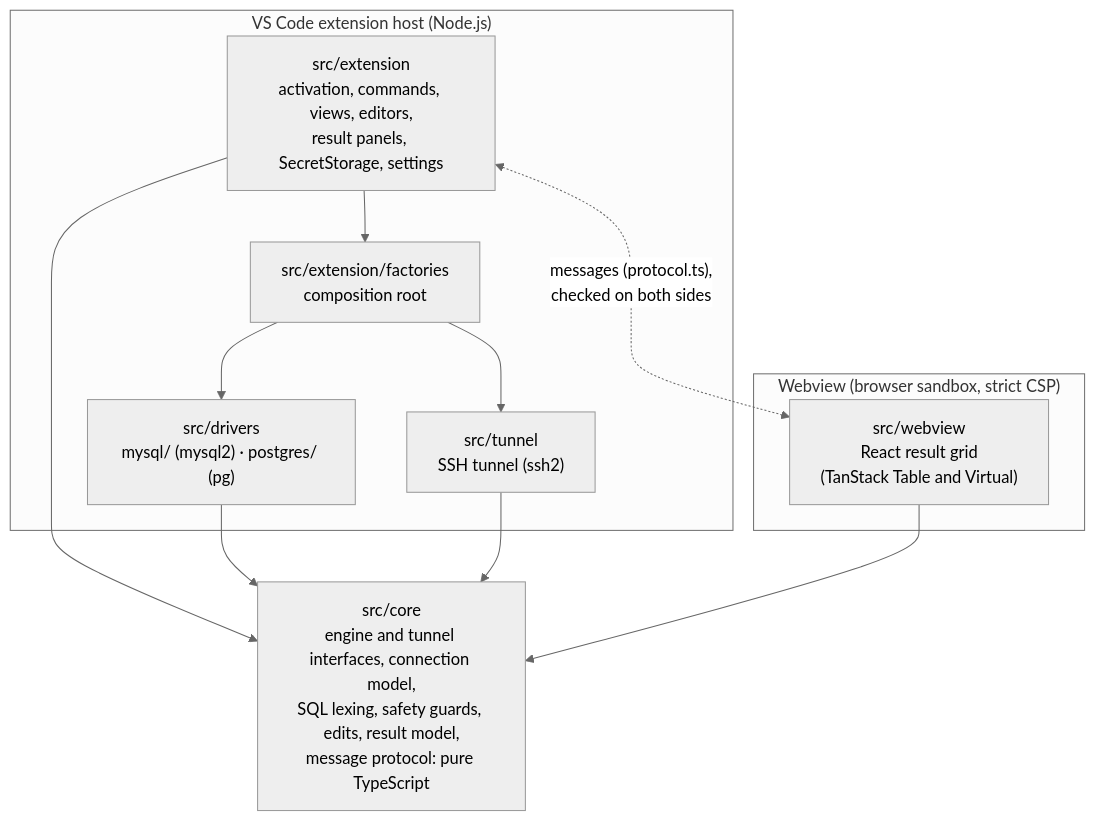
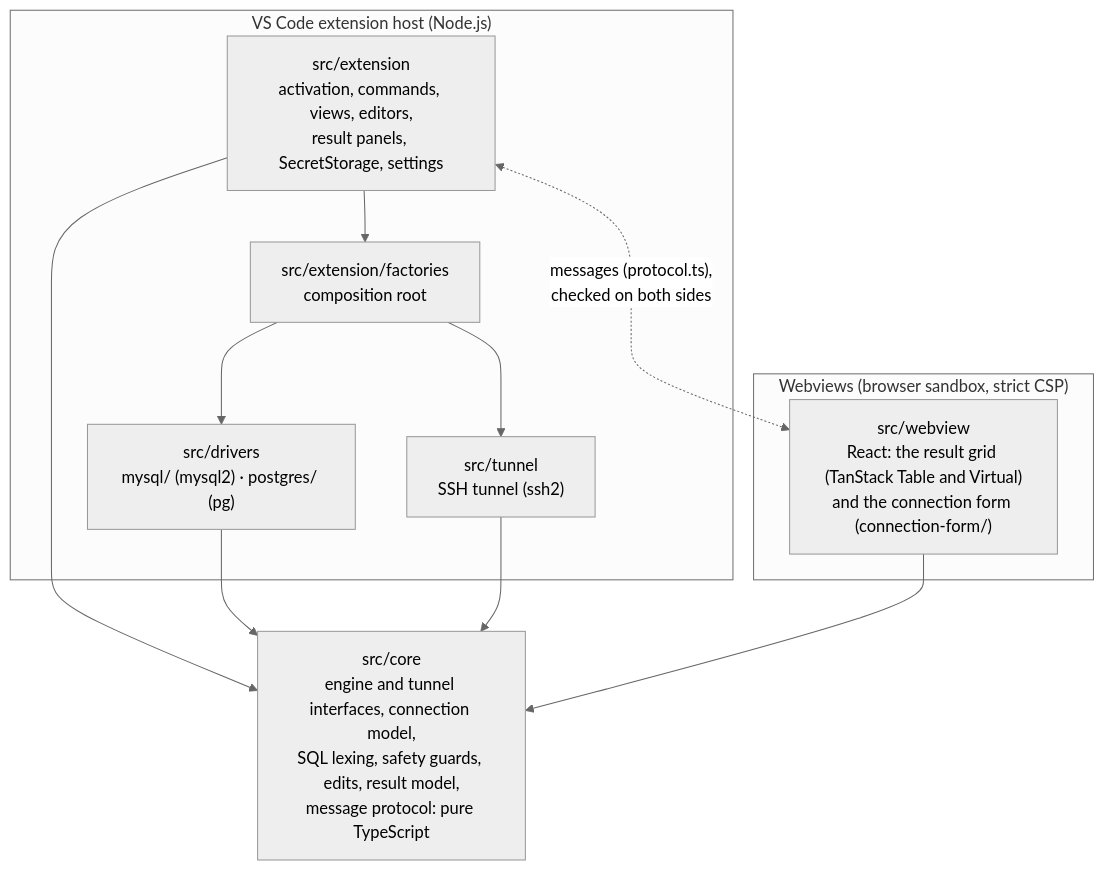
The first of 5 diagrams in docs/ARCHITECTURE.md (mathmed/sqldoro), drawn with Mermaid (neutral theme) before and after one commit. The commit also changed other lines of this file and 3 other files, not shown here.

First line of the commit message:
docs: describe the connection form of #6 in the guides

````diff
--- a/docs/ARCHITECTURE.md
+++ b/docs/ARCHITECTURE.md
@@ -11,22 +11,22 @@
 ```mermaid
 flowchart TB
   subgraph host["VS Code extension host (Node.js)"]
     extension["src/extension<br/>activation, commands, views, editors,<br/>result panels, SecretStorage, settings"]
     factories["src/extension/factories<br/>composition root"]
     drivers["src/drivers<br/>mysql/ (mysql2) · postgres/ (pg)"]
     tunnel["src/tunnel<br/>SSH tunnel (ssh2)"]
   end
-  subgraph browser["Webview (browser sandbox, strict CSP)"]
-    webview["src/webview<br/>React result grid<br/>(TanStack Table and Virtual)"]
+  subgraph browser["Webviews (browser sandbox, strict CSP)"]
+    webview["src/webview<br/>React: the result grid (TanStack Table and Virtual)<br/>and the connection form (connection-form/)"]
   end
   core["src/core<br/>engine and tunnel interfaces, connection model,<br/>SQL lexing, safety guards, edits, result model,<br/>message protocol: pure TypeScript"]
 
   extension --> core
   factories --> drivers
   factories --> tunnel
   extension --> factories
   drivers --> core
   tunnel --> core
   webview --> core
   extension <-. "messages (protocol.ts),<br/>checked on both sides" .-> webview
 ```
````
